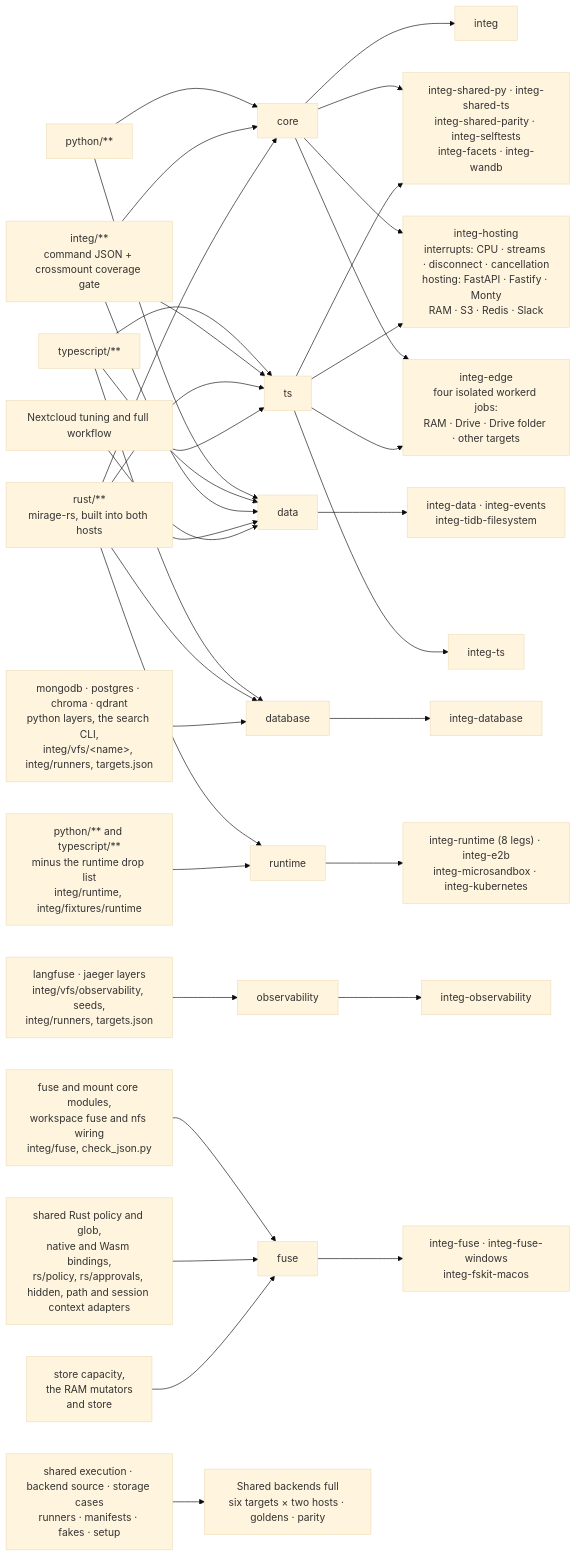
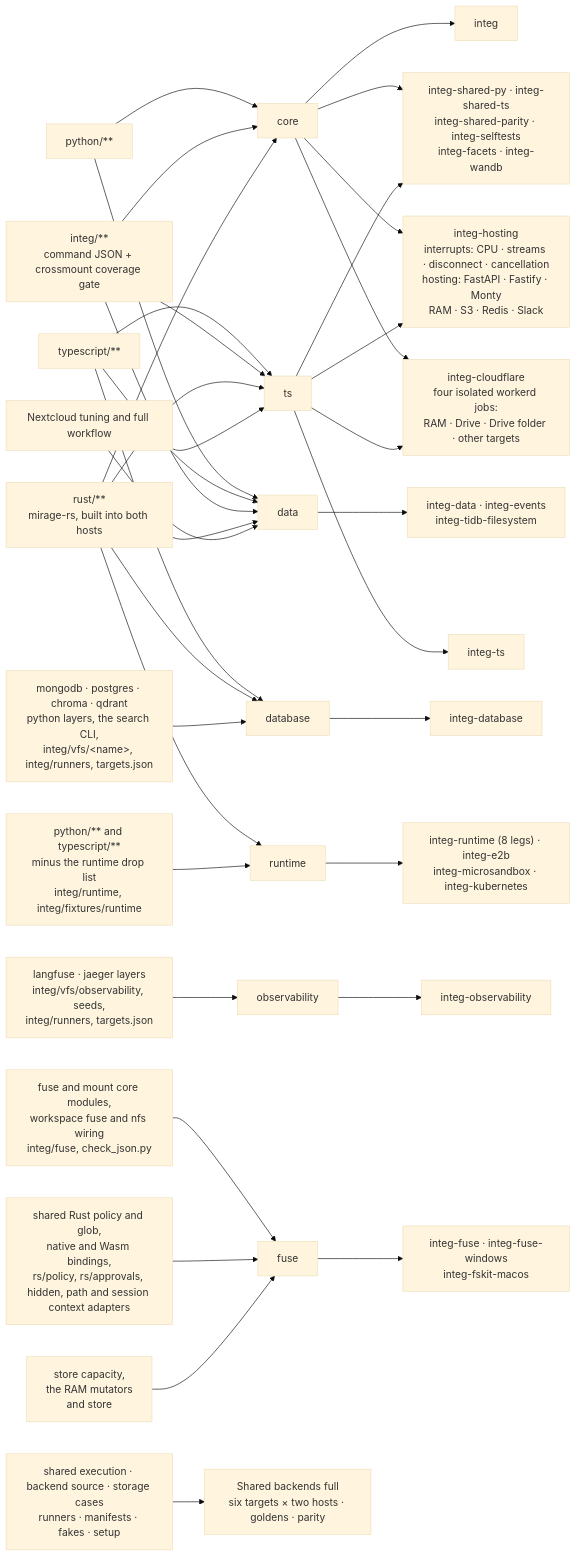
Before and after one commit to strukto-ai/mirage: the diagram in integ/README.md, drawn with Mermaid (base theme). The commit also changed other lines of this file and 25 other files, not shown here.

````diff
--- a/integ/README.md
+++ b/integ/README.md
@@ -414,25 +414,25 @@
 ```mermaid
 flowchart LR
     PY["python/**"] --> core & data
     TSX["typescript/**"] --> ts & data & database
     IN["integ/**<br/>command JSON + crossmount coverage gate"] --> core & ts & data
     RS["rust/**<br/>mirage-rs, built into both hosts"] --> core & ts & data & database & runtime
     DB["mongodb · postgres · chroma · qdrant<br/>python layers, the search CLI,<br/>integ/vfs/&lt;name&gt;, integ/runners, targets.json"] --> database
     OB["langfuse · jaeger layers<br/>integ/vfs/observability, seeds,<br/>integ/runners, targets.json"] --> observability
     FS["fuse and mount core modules,<br/>workspace fuse and nfs wiring<br/>integ/fuse, check_json.py"] --> fuse
     FP["shared Rust policy and glob,<br/>native and Wasm bindings,<br/>rs/policy, rs/approvals, hidden, path and session context adapters"] --> fuse
     CA["store capacity,<br/>the RAM mutators<br/>and store"] --> fuse
     RT["python/** and typescript/**<br/>minus the runtime drop list<br/>integ/runtime, integ/fixtures/runtime"] --> runtime
     core --> J1["integ"]
     ts --> J2["integ-ts"]
     core & ts --> J3["integ-shared-py · integ-shared-ts<br/>integ-shared-parity · integ-selftests<br/>integ-facets · integ-wandb"]
     core & ts --> HOST["integ-hosting<br/>interrupts: CPU · streams · disconnect · cancellation<br/>hosting: FastAPI · Fastify · Monty<br/>RAM · S3 · Redis · Slack"]
-    core & ts --> EDGE["integ-edge<br/>four isolated workerd jobs:<br/>RAM · Drive · Drive folder · other targets"]
+    core & ts --> CLOUDFLARE["integ-cloudflare<br/>four isolated workerd jobs:<br/>RAM · Drive · Drive folder · other targets"]
     NC["Nextcloud tuning and full workflow"] --> ts & data
     SF["shared execution · backend source · storage cases<br/>runners · manifests · fakes · setup"] --> FULL["Shared backends full<br/>six targets × two hosts · goldens · parity"]
     data --> J4["integ-data · integ-events<br/>integ-tidb-filesystem"]
     database --> J5["integ-database"]
     observability --> J6["integ-observability"]
     fuse --> J7["integ-fuse · integ-fuse-windows<br/>integ-fskit-macos"]
     runtime --> J8["integ-runtime (8 legs) · integ-e2b<br/>integ-microsandbox · integ-kubernetes"]
 ```
````
